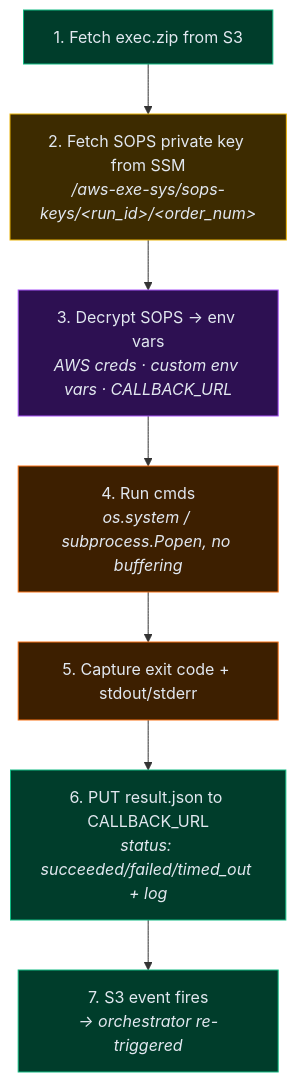
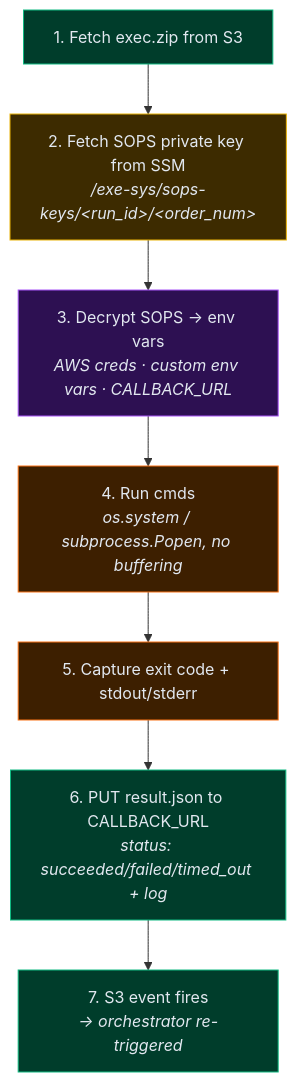
One commit to config0-hub/aws-execution-engine changed diagram 24 of 36 in docs/ARCHITECTURE.md. Above: the diagram before and after it, drawn with Mermaid. The commit also changed other lines of this file and 170 other files, not shown here.

````diff
--- a/docs/ARCHITECTURE.md
+++ b/docs/ARCHITECTURE.md
@@ -463,20 +446,20 @@
 ```mermaid
 flowchart TB
     Fetch["1. Fetch exec.zip from S3"]
-    SSM["2. Fetch SOPS private key from SSM<br><i>/aws-exe-sys/sops-keys/&lt;run_id&gt;/&lt;order_num&gt;</i>"]
+    SSM["2. Fetch SOPS private key from SSM<br><i>/exe-sys/sops-keys/&lt;run_id&gt;/&lt;order_num&gt;</i>"]
     Decrypt["3. Decrypt SOPS → env vars<br><i>AWS creds · custom env vars · CALLBACK_URL</i>"]
     Run["4. Run cmds<br><i>os.system / subprocess.Popen, no buffering</i>"]
     Capture["5. Capture exit code + stdout/stderr"]
     Callback["6. PUT result.json to CALLBACK_URL<br><i>status: succeeded/failed/timed_out + log</i>"]
     S3Event["7. S3 event fires<br><i>→ orchestrator re-triggered</i>"]
 
     Fetch --> SSM --> Decrypt --> Run --> Capture --> Callback --> S3Event
 
     style Fetch fill:#003d2b,stroke:#10b981,color:#e2e8f0
     style SSM fill:#3d2b00,stroke:#eab308,color:#e2e8f0
     style Decrypt fill:#2d1052,stroke:#a855f7,color:#e2e8f0
     style Run fill:#3d1f00,stroke:#f97316,color:#e2e8f0
     style Capture fill:#3d1f00,stroke:#f97316,color:#e2e8f0
     style Callback fill:#003d2b,stroke:#10b981,color:#e2e8f0
     style S3Event fill:#003d2b,stroke:#10b981,color:#e2e8f0
 ```
````
